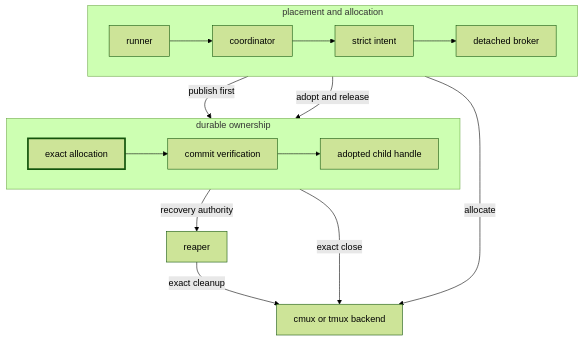
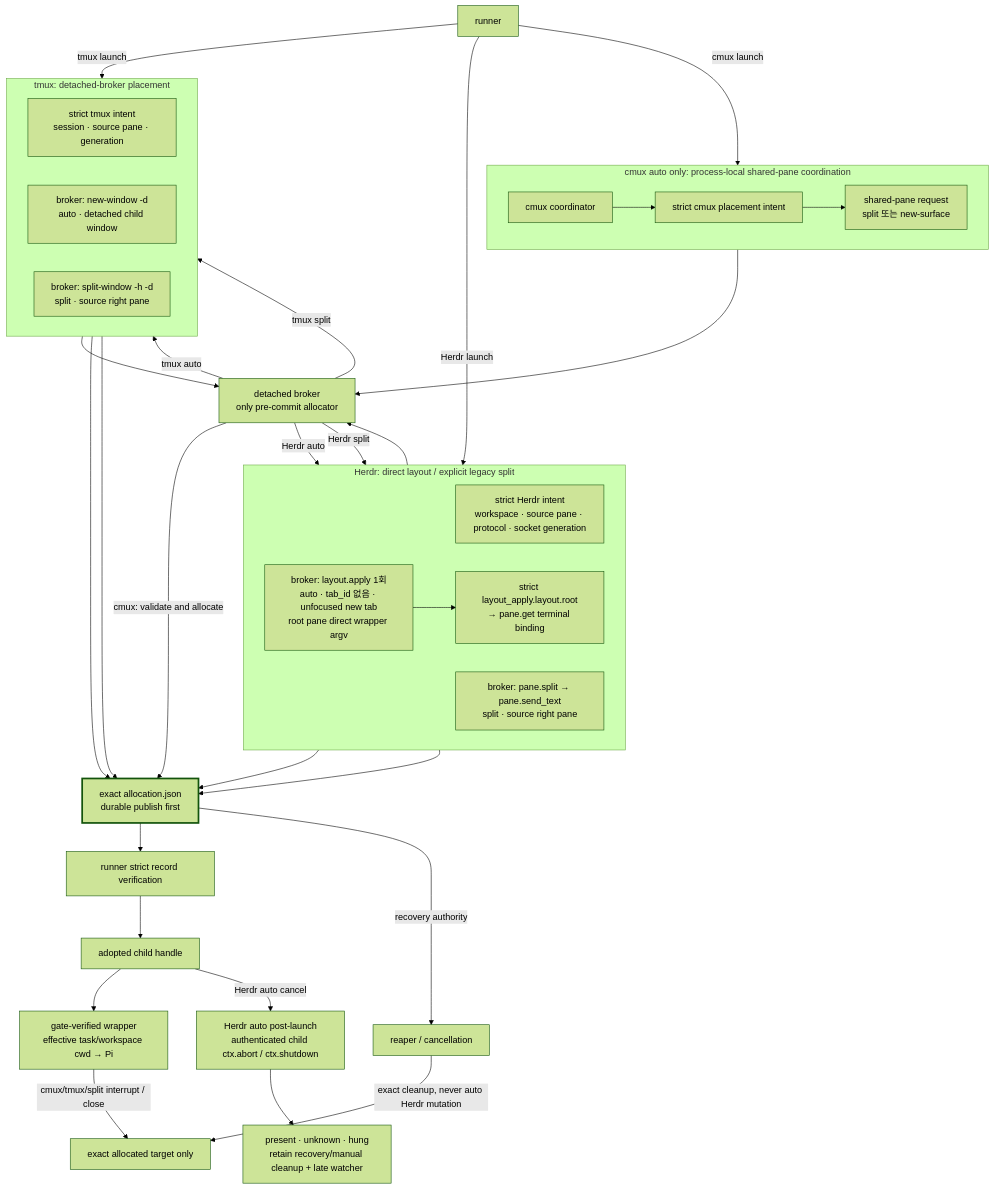
One commit to spi-ca/pi-subagent changed the diagram in docs/diagram/interactive-layout-coordination.mmd. Above: the diagram before and after it, drawn with Mermaid (forest theme). The commit also changed 29 other files, not shown here.

```diff
--- a/docs/diagram/interactive-layout-coordination.mmd
+++ b/docs/diagram/interactive-layout-coordination.mmd
@@ -1,26 +1,61 @@
 flowchart TB
-  subgraph Launch[placement and allocation]
+  R[runner]
+
+  subgraph Cmux[cmux auto only: process-local shared-pane coordination]
     direction LR
-    R[runner] --> C[coordinator]
-    C --> I[strict intent]
-    I --> B[detached broker]
+    C[cmux coordinator] --> CI[strict cmux placement intent]
+    CI --> CP[shared-pane request<br/>split 또는 new-surface]
   end
 
-  subgraph Ownership[durable ownership]
+  subgraph Herdr[Herdr: direct layout / explicit legacy split]
     direction LR
-    D[exact allocation] --> V[commit verification]
-    V --> H[adopted child handle]
+    HI[strict Herdr intent<br/>workspace · source pane · protocol · socket generation]
+    HT[broker: layout.apply 1회<br/>auto · tab_id 없음 · unfocused new tab<br/>root pane direct wrapper argv]
+    HB[strict layout_apply.layout.root<br/>→ pane.get terminal binding]
+    HS[broker: pane.split → pane.send_text<br/>split · source right pane]
   end
 
-  X[cmux or tmux backend]
-  Z[reaper]
+  subgraph Tmux[tmux: detached-broker placement]
+    direction LR
+    TI[strict tmux intent<br/>session · source pane · generation]
+    TA[broker: new-window -d<br/>auto · detached child window]
+    TS[broker: split-window -h -d<br/>split · source right pane]
+  end
 
-  B -->|allocate| X
-  B -->|publish first| D
-  C -->|adopt and release| H
-  H -->|exact close| X
-  D -->|recovery authority| Z
-  Z -->|exact cleanup| X
+  B[detached broker<br/>only pre-commit allocator]
+  A[exact allocation.json<br/>durable publish first]
+  V[runner strict record verification]
+  D[adopted child handle]
+  G[gate-verified wrapper<br/>effective task/workspace cwd → Pi]
+  Z[reaper / cancellation]
+  X[exact allocated target only]
+  HC[Herdr auto post-launch<br/>authenticated child ctx.abort / ctx.shutdown]
+  HR[present · unknown · hung<br/>retain recovery/manual cleanup + late watcher]
+
+  R -->|cmux launch| C
+  R -->|Herdr launch| HI
+  R -->|tmux launch| TI
+  CP --> B
+  HI --> B
+  TI --> B
+  B -->|cmux: validate and allocate| A
+  B -->|Herdr auto| HT
+  HT --> HB
+  B -->|Herdr split| HS
+  B -->|tmux auto| TA
+  B -->|tmux split| TS
+  HB --> A
+  HS --> A
+  TA --> A
+  TS --> A
+  A --> V
+  V --> D
+  D --> G
+  G -->|cmux/tmux/split interrupt / close| X
+  D -->|Herdr auto cancel| HC
+  HC --> HR
+  A -->|recovery authority| Z
+  Z -->|exact cleanup, never auto Herdr mutation| X
 
   classDef authority stroke-width:3px
-  class D authority
+  class A authority
```
